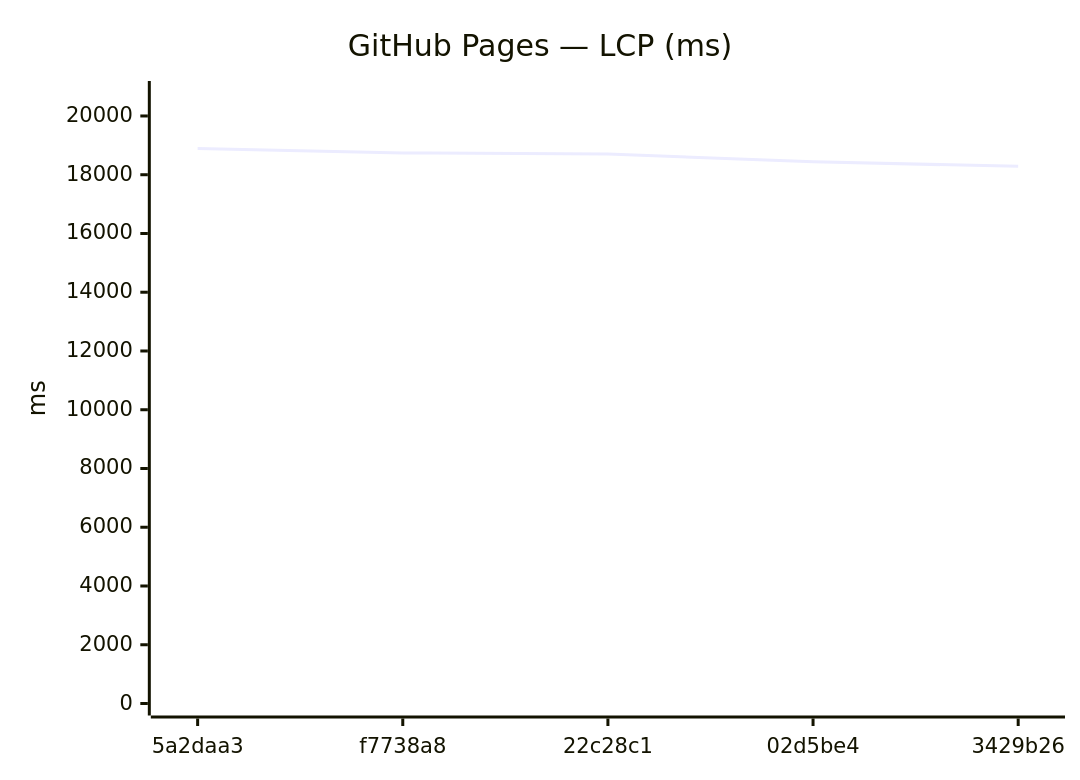
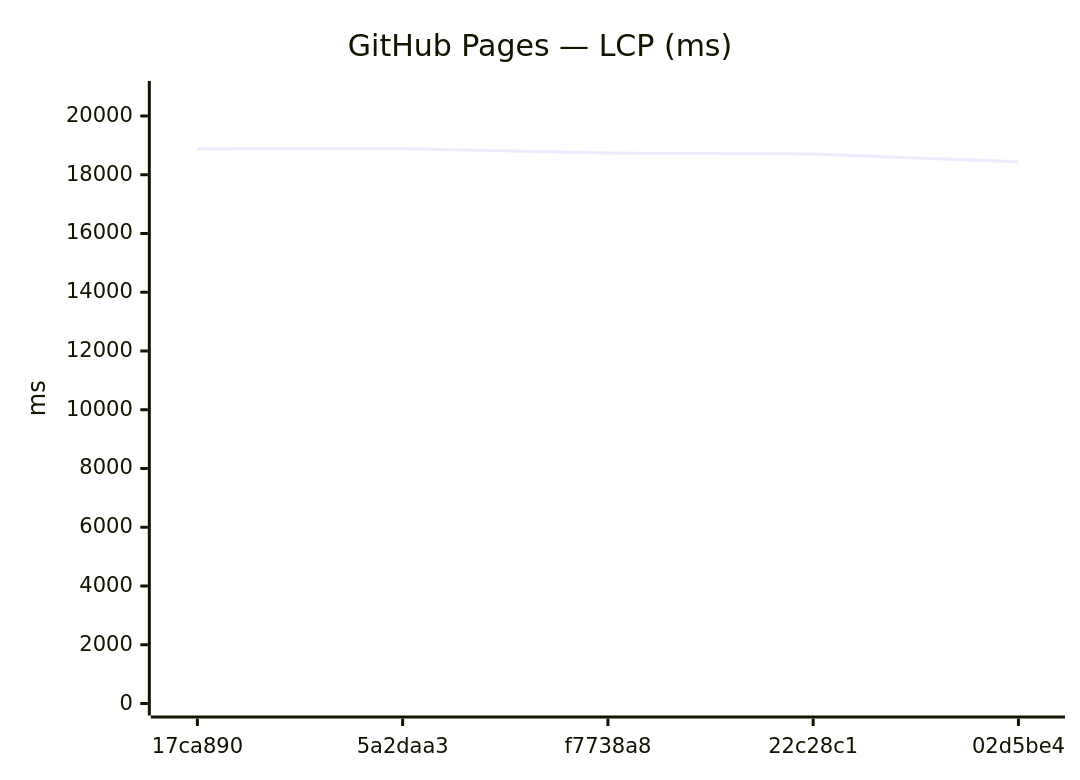
One commit to Metaheurist/Rianell changed the ninth of 18 diagrams in benchmarks/compare.md. Above: the diagram before and after it, drawn with Mermaid. The commit also changed other lines of this file and 11 other files, not shown here.

````diff
--- a/benchmarks/compare.md
+++ b/benchmarks/compare.md
@@ -142,7 +142,7 @@
 ```mermaid
 xychart-beta
     title "GitHub Pages — LCP (ms)"
-    x-axis ["5a2daa3", "f7738a8", "22c28c1", "02d5be4", "3429b26"]
+    x-axis ["17ca890", "5a2daa3", "f7738a8", "22c28c1", "02d5be4"]
     y-axis "ms" 0 --> 20782
-    line [18892, 18741, 18704, 18438, 18287]
+    line [18888, 18892, 18741, 18704, 18438]
 ```
````
